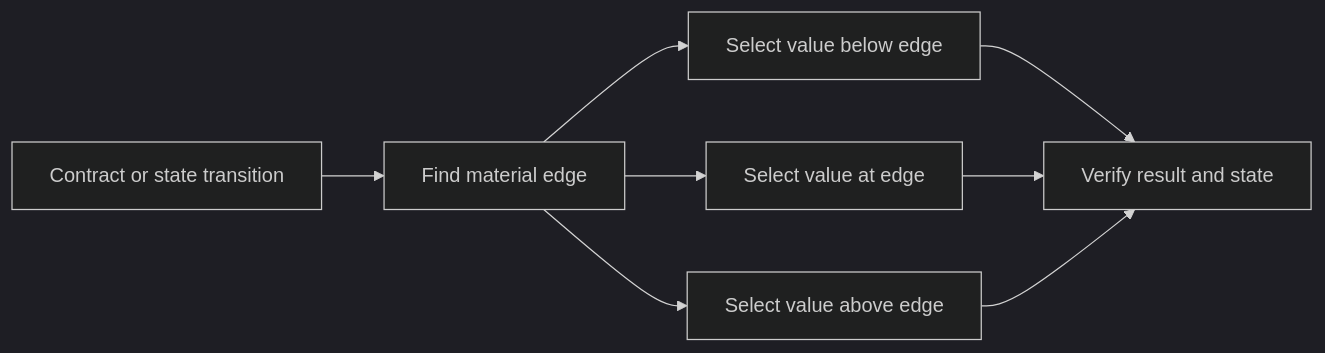
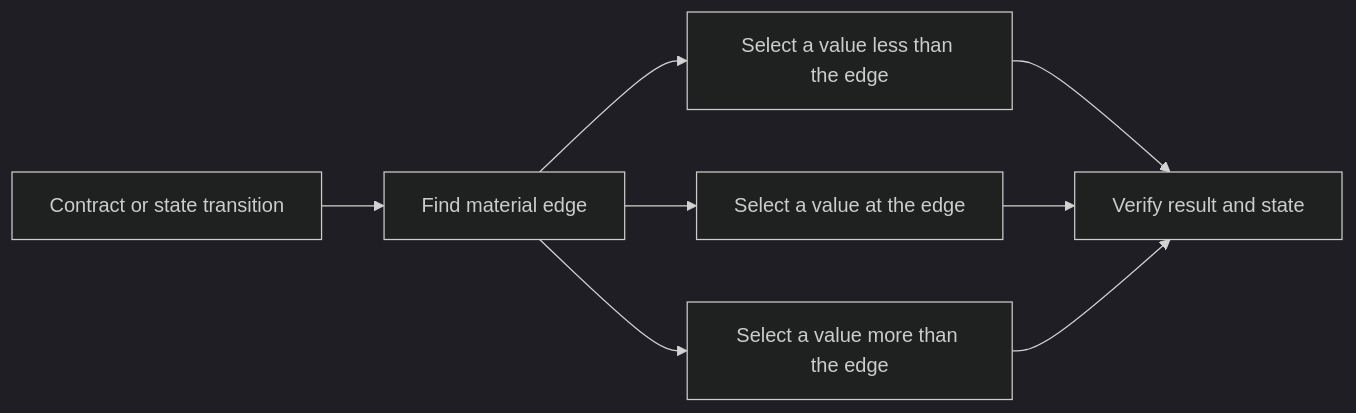
One commit to HomericIntelligence/Athena changed the diagram in docs/principles/details/p024-boundary-value-testing.md. Above: the diagram before and after it, drawn with Mermaid (dark theme). The commit also changed other lines of this file and 53 other files, not shown here.

````diff
--- a/docs/principles/details/p024-boundary-value-testing.md
+++ b/docs/principles/details/p024-boundary-value-testing.md
@@ -35,10 +35,10 @@
 ```mermaid
 flowchart LR
     Contract["Contract or state transition"] --> Edge["Find material edge"]
-    Edge --> Below["Select value below edge"]
-    Edge --> At["Select value at edge"]
-    Edge --> Above["Select value above edge"]
-    Below --> Verify["Verify result and state"]
+    Edge --> Less["Select a value less than the edge"]
+    Edge --> At["Select a value at the edge"]
+    Edge --> More["Select a value more than the edge"]
+    Less --> Verify["Verify result and state"]
     At --> Verify
-    Above --> Verify
+    More --> Verify
 ```
````
